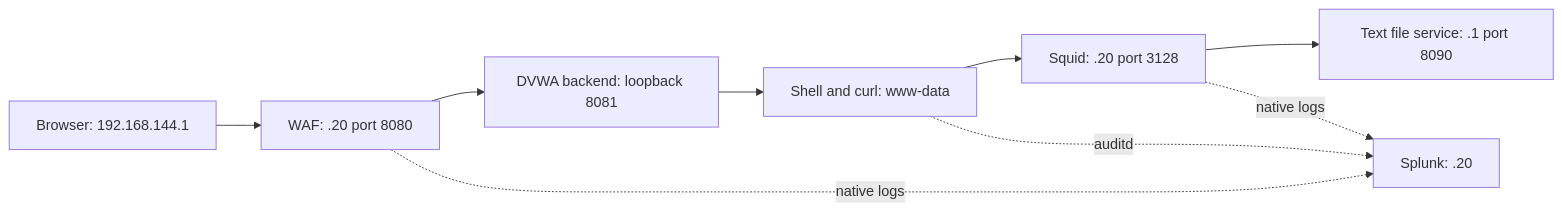
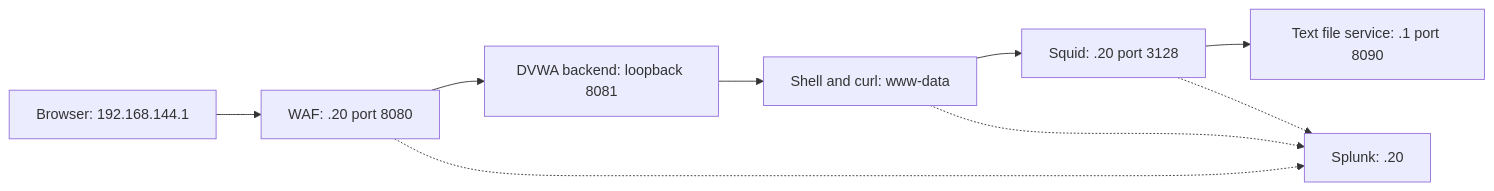
The diagram in README.md (muhameddahmedd1021/web-application-command-injection-investigation), drawn with Mermaid before and after one commit. The commit also changed other lines of this file and 11 other files, not shown here.

````diff
--- a/README.md
+++ b/README.md
@@ -22,11 +30,11 @@
 ```mermaid
 flowchart LR
-    B[Browser: 192.168.144.1] --> W[WAF: .20 port 8080]
-    W --> A[DVWA backend: loopback 8081]
-    A --> P[Shell and curl: www-data]
-    P --> S[Squid: .20 port 3128]
-    S --> F[Text file service: .1 port 8090]
-    W -. native logs .-> SIEM[Splunk: .20]
-    P -. auditd .-> SIEM
-    S -. native logs .-> SIEM
+    B["Browser: 192.168.144.1"] --> W["WAF: .20 port 8080"]
+    W --> A["DVWA backend: loopback 8081"]
+    A --> P["Shell and curl: www-data"]
+    P --> S["Squid: .20 port 3128"]
+    S --> F["Text file service: .1 port 8090"]
+    W -.-> SIEM["Splunk: .20"]
+    P -.-> SIEM
+    S -.-> SIEM
 ```
````
